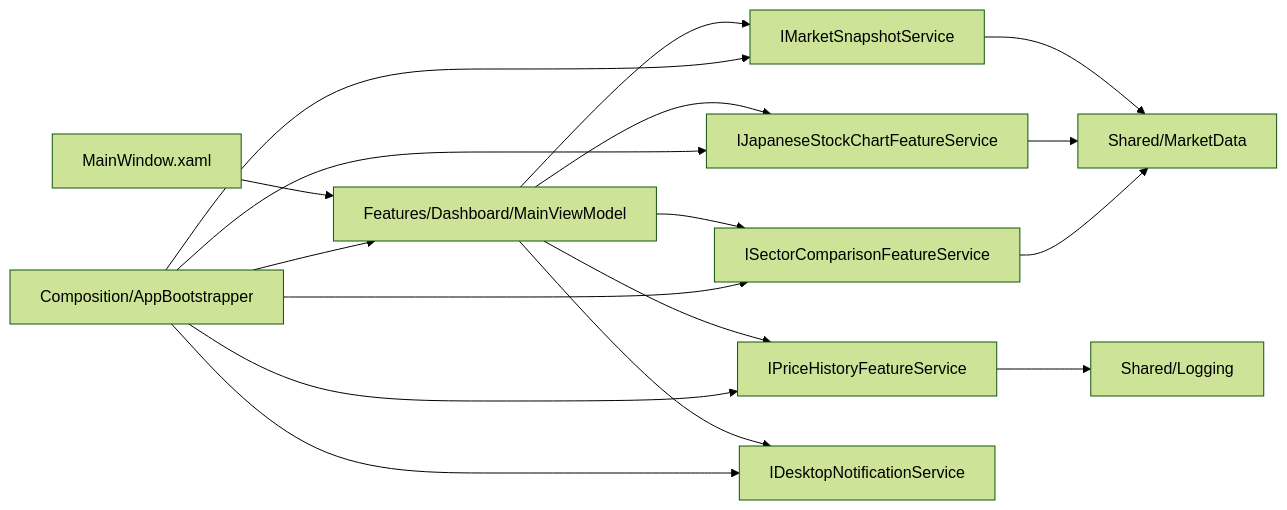
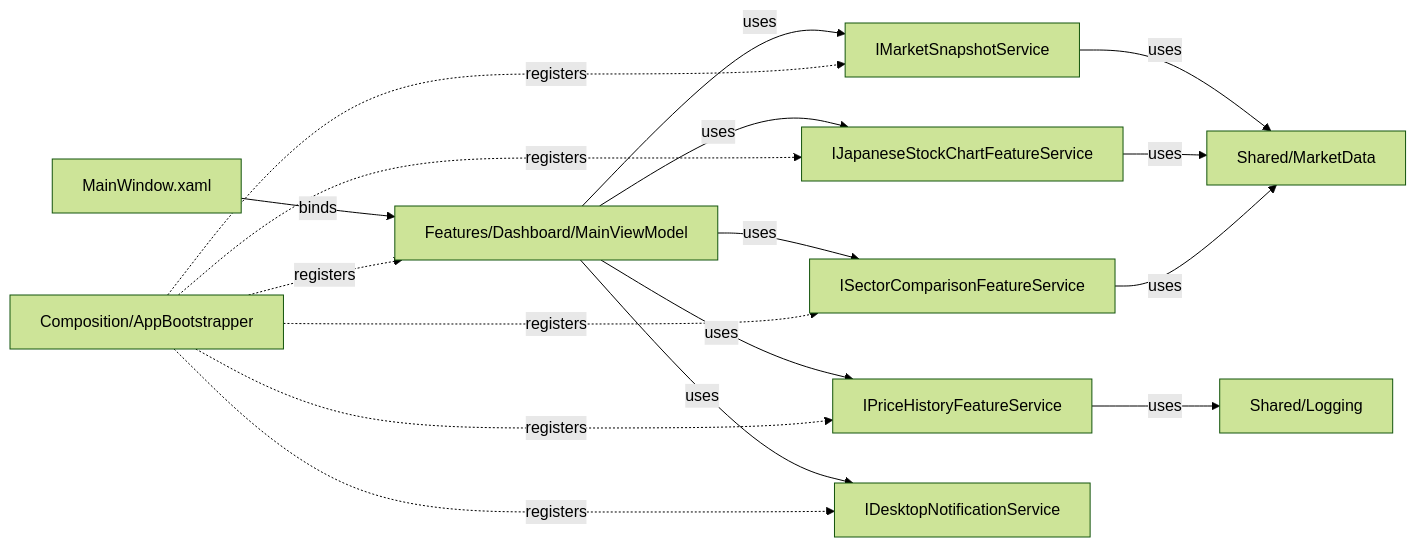
The first of 23 diagrams in DESIGN.md (yankee2023/market_monitor), drawn with Mermaid (forest theme) before and after one commit. The commit also changed other lines of this file and 19 other files, not shown here.

````diff
--- a/DESIGN.md
+++ b/DESIGN.md
@@ -67,19 +67,19 @@
 ```mermaid
 flowchart LR
-    View[MainWindow.xaml] --> Dashboard[Features/Dashboard/MainViewModel]
-    Dashboard --> Snapshot[IMarketSnapshotService]
-    Dashboard --> History[IPriceHistoryFeatureService]
-    Dashboard --> Chart[IJapaneseStockChartFeatureService]
-    Dashboard --> Sector[ISectorComparisonFeatureService]
-    Dashboard --> Notify[IDesktopNotificationService]
-    Snapshot --> Shared[Shared/MarketData]
-    Chart --> Shared
-    Sector --> Shared
-    History --> Logging[Shared/Logging]
-    Composition[Composition/AppBootstrapper] --> Dashboard
-    Composition --> Snapshot
-    Composition --> History
-    Composition --> Chart
-    Composition --> Sector
-    Composition --> Notify
+    View[MainWindow.xaml] -->|binds| Dashboard[Features/Dashboard/MainViewModel]
+    Dashboard -->|uses| Snapshot[IMarketSnapshotService]
+    Dashboard -->|uses| History[IPriceHistoryFeatureService]
+    Dashboard -->|uses| Chart[IJapaneseStockChartFeatureService]
+    Dashboard -->|uses| Sector[ISectorComparisonFeatureService]
+    Dashboard -->|uses| Notify[IDesktopNotificationService]
+    Snapshot -->|uses| Shared[Shared/MarketData]
+    Chart -->|uses| Shared
+    Sector -->|uses| Shared
+    History -->|uses| Logging[Shared/Logging]
+    Composition[Composition/AppBootstrapper] -.->|registers| Dashboard
+    Composition -.->|registers| Snapshot
+    Composition -.->|registers| History
+    Composition -.->|registers| Chart
+    Composition -.->|registers| Sector
+    Composition -.->|registers| Notify
 ```
````
